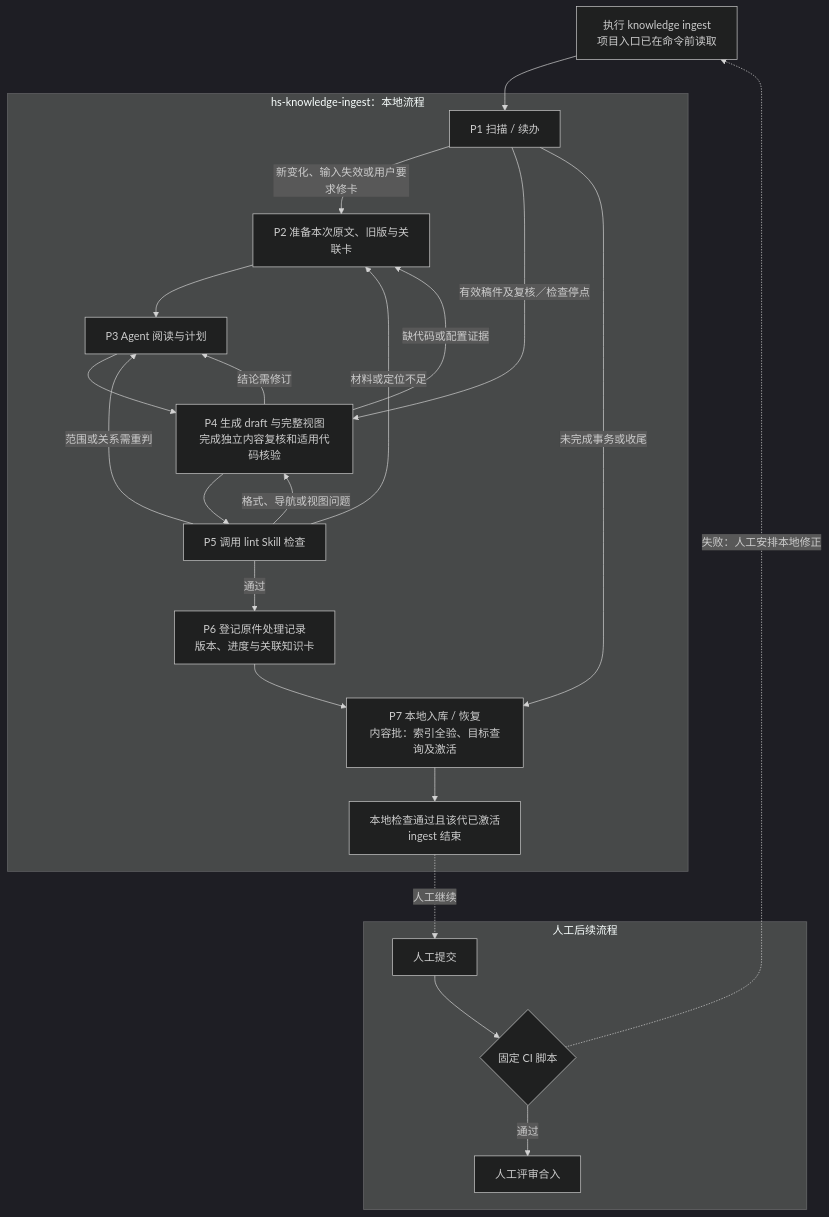
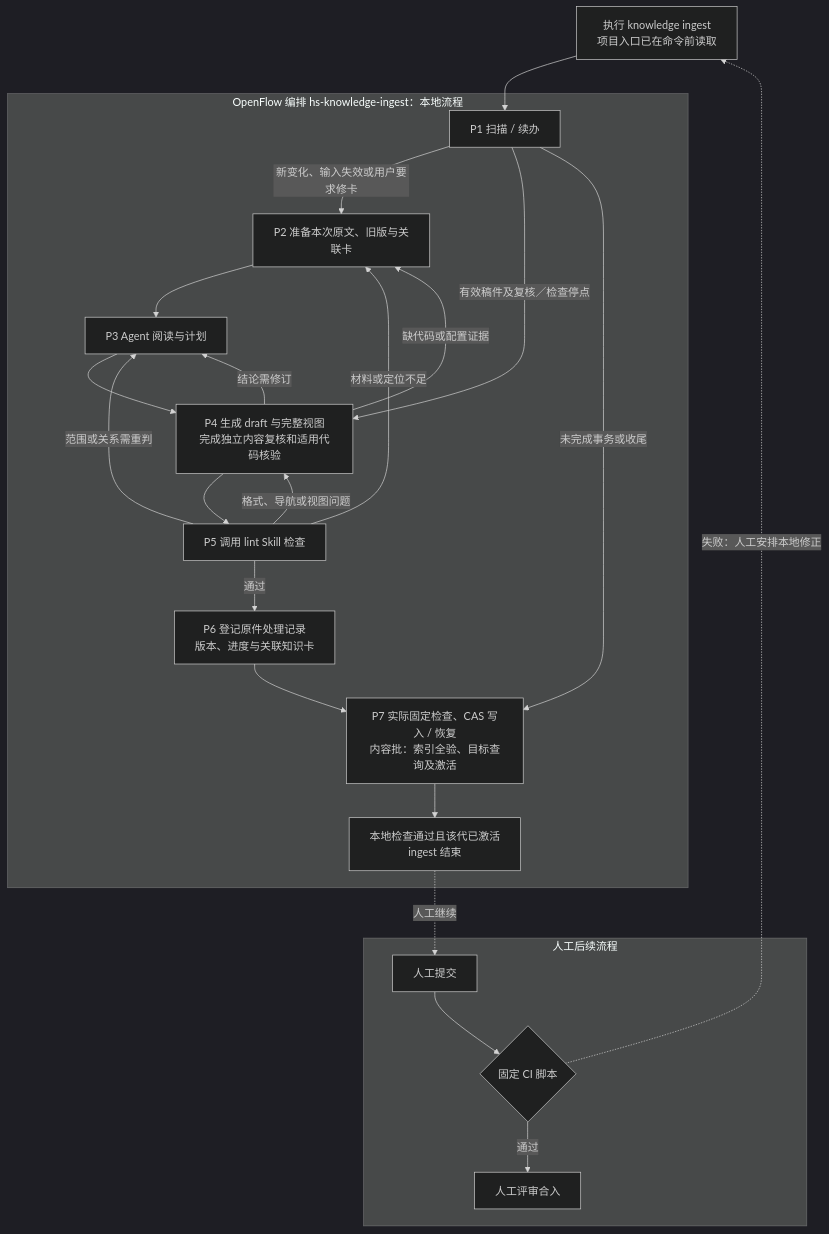
One commit to Robin-hhc/FactumCore changed the fifth of 7 diagrams in himate-knowledge-wifi-mp/docs-llm-wiki/HiMate知识库架构设计.md. Above: the diagram before and after it, drawn with Mermaid (dark theme). The commit also changed other lines of this file and 183 other files, not shown here.

````diff
--- a/himate-knowledge-wifi-mp/docs-llm-wiki/HiMate知识库架构设计.md
+++ b/himate-knowledge-wifi-mp/docs-llm-wiki/HiMate知识库架构设计.md
@@ -401,26 +404,26 @@
 ```mermaid
 flowchart TD
     CMD["执行 knowledge ingest<br/>项目入口已在命令前读取"] --> P1
-    subgraph INGEST["hs-knowledge-ingest：本地流程"]
+    subgraph INGEST["OpenFlow 编排 hs-knowledge-ingest：本地流程"]
         P1["P1 扫描 / 续办"] -->|"新变化、输入失效或用户要求修卡"| P2["P2 准备本次原文、旧版与关联卡"]
         P2 --> P3["P3 Agent 阅读与计划"]
         P3 --> P4["P4 生成 draft 与完整视图<br/>完成独立内容复核和适用代码核验"]
         P4 --> P5["P5 调用 lint Skill 检查"]
         P5 -->|"通过"| P6["P6 登记原件处理记录<br/>版本、进度与关联知识卡"]
         P5 -->|"材料或定位不足"| P2
         P5 -->|"范围或关系需重判"| P3
         P5 -->|"格式、导航或视图问题"| P4
         P4 -->|"结论需修订"| P3
         P4 -->|"缺代码或配置证据"| P2
-        P6 --> P7["P7 本地入库 / 恢复<br/>内容批：索引全验、目标查询及激活"]
+        P6 --> P7["P7 实际固定检查、CAS 写入 / 恢复<br/>内容批：索引全验、目标查询及激活"]
         P1 -->|"有效稿件及复核／检查停点"| P4
         P1 -->|"未完成事务或收尾"| P7
         P7 --> DONE["本地检查通过且该代已激活<br/>ingest 结束"]
     end
     subgraph HUMAN["人工后续流程"]
         SUBMIT["人工提交"] --> C1{"固定 CI 脚本"}
         C1 -->|"通过"| MERGE["人工评审合入"]
     end
     DONE -. "人工继续" .-> SUBMIT
     C1 -. "失败：人工安排本地修正" .-> CMD
 ```
````
